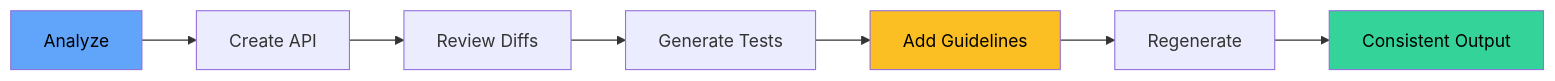
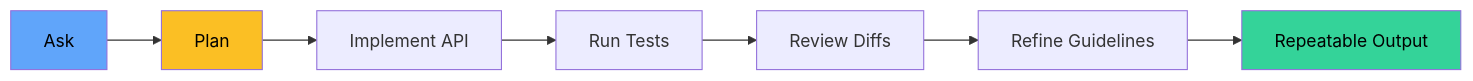
Before and after one commit to kousen/junie-training: the sixth of 8 diagrams in slides.md, drawn with Mermaid. The commit also changed other lines of this file and 29 other files, not shown here.

````diff
--- a/slides.md
+++ b/slides.md
@@ -683,13 +648,13 @@
 ```mermaid
 graph LR
-    A[Analyze] --> B[Create API]
-    B --> C[Review Diffs]
-    C --> D[Generate Tests]
-    D --> E[Add Guidelines]
-    E --> F[Regenerate]
-    F --> G[Consistent Output]
+    A[Ask] --> B[Plan]
+    B --> C[Implement API]
+    C --> D[Run Tests]
+    D --> E[Review Diffs]
+    E --> F[Refine Guidelines]
+    F --> G[Repeatable Output]
     
     style A fill:#60a5fa,color:#000
-    style E fill:#fbbf24,color:#000
+    style B fill:#fbbf24,color:#000
     style G fill:#34d399,color:#000
 ```
````
